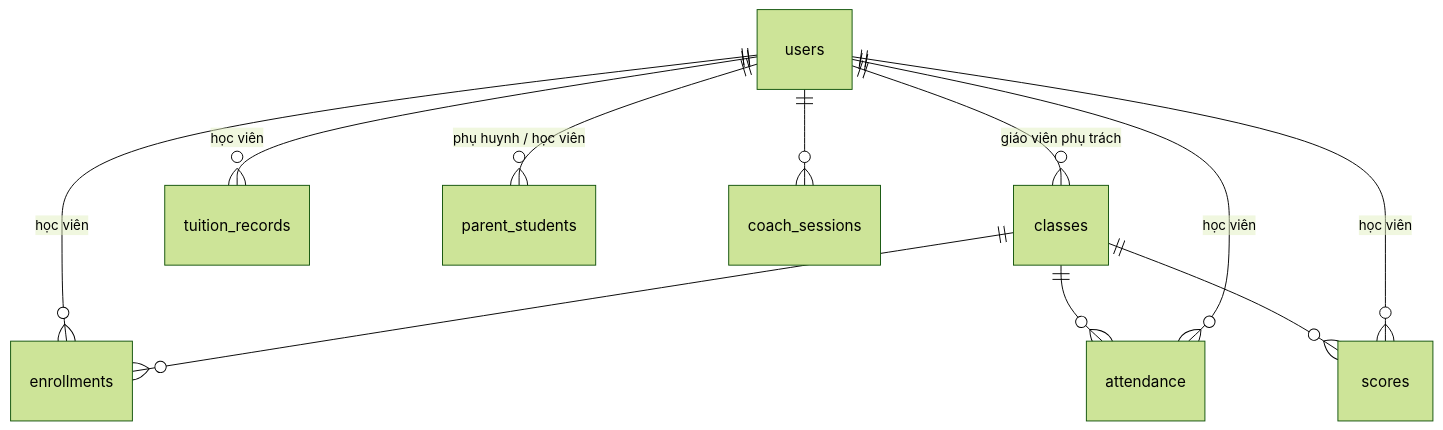
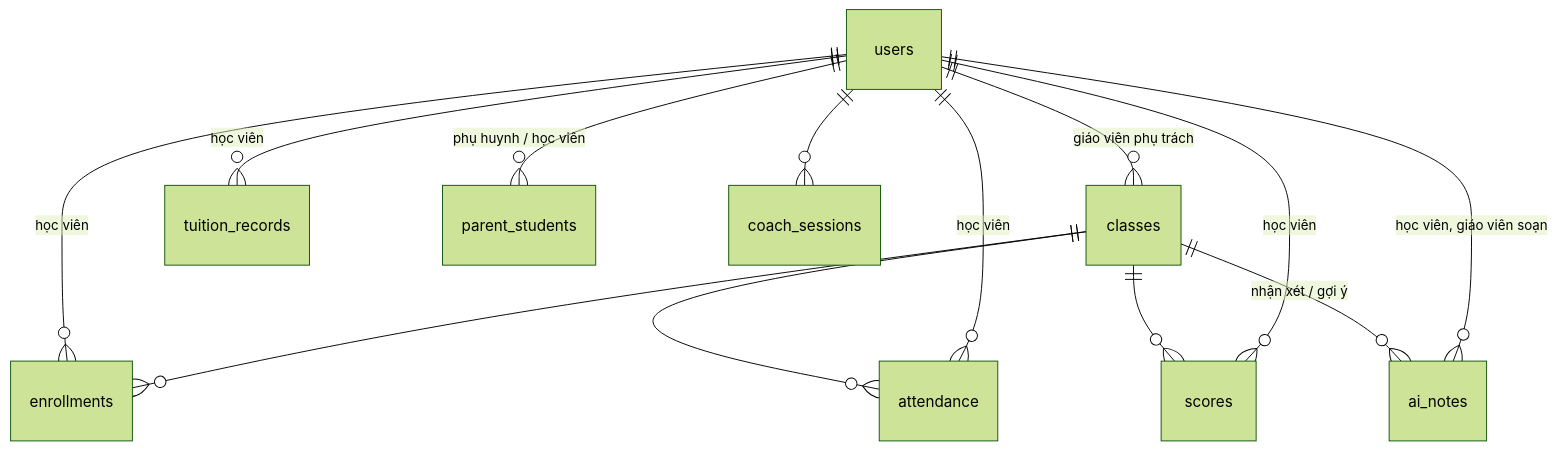
One commit to thaiphatcaifa/HKII-FastAPI changed the second of 2 diagrams in docs/HUONG-DAN-CHAY.md. Above: the diagram before and after it, drawn with Mermaid (forest theme). The commit also changed other lines of this file and 26 other files, not shown here.

First line of the commit message:
Thêm AI hỗ trợ giáo viên: cảnh báo rủi ro và nhận xét học viên

````diff
--- a/docs/HUONG-DAN-CHAY.md
+++ b/docs/HUONG-DAN-CHAY.md
@@ -220,13 +240,15 @@
 ```mermaid
 erDiagram
   users ||--o{ enrollments : "học viên"
   classes ||--o{ enrollments : ""
   users ||--o{ classes : "giáo viên phụ trách"
   classes ||--o{ attendance : ""
   users ||--o{ attendance : "học viên"
   classes ||--o{ scores : ""
   users ||--o{ scores : "học viên"
   users ||--o{ tuition_records : "học viên"
   users ||--o{ parent_students : "phụ huynh / học viên"
   users ||--o{ coach_sessions : ""
+  classes ||--o{ ai_notes : "nhận xét / gợi ý"
+  users ||--o{ ai_notes : "học viên, giáo viên soạn"
 ```
````
